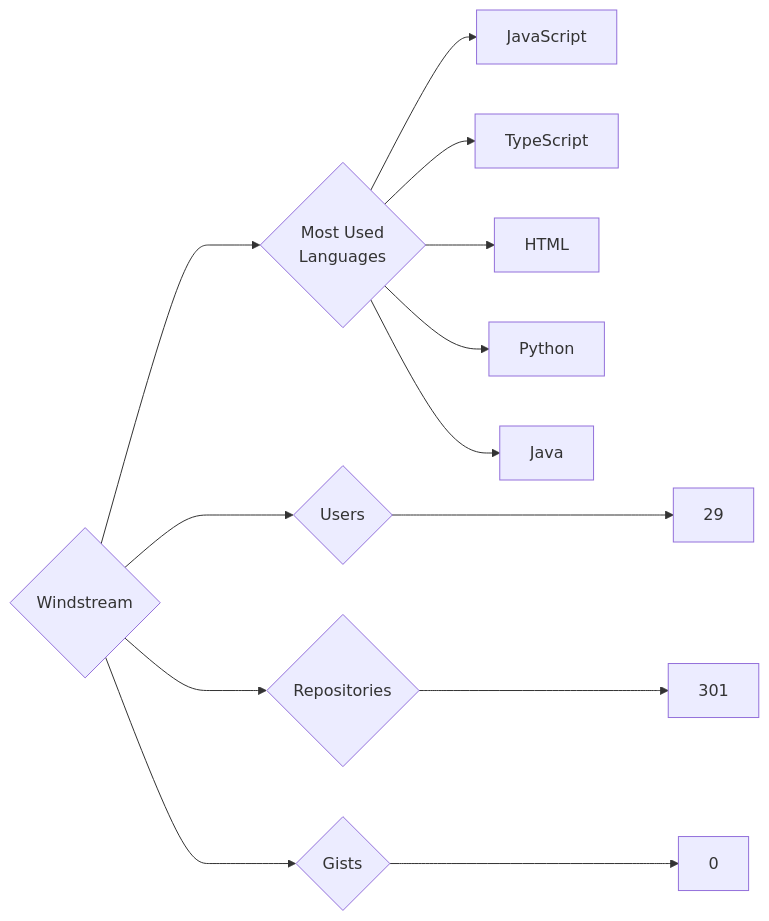
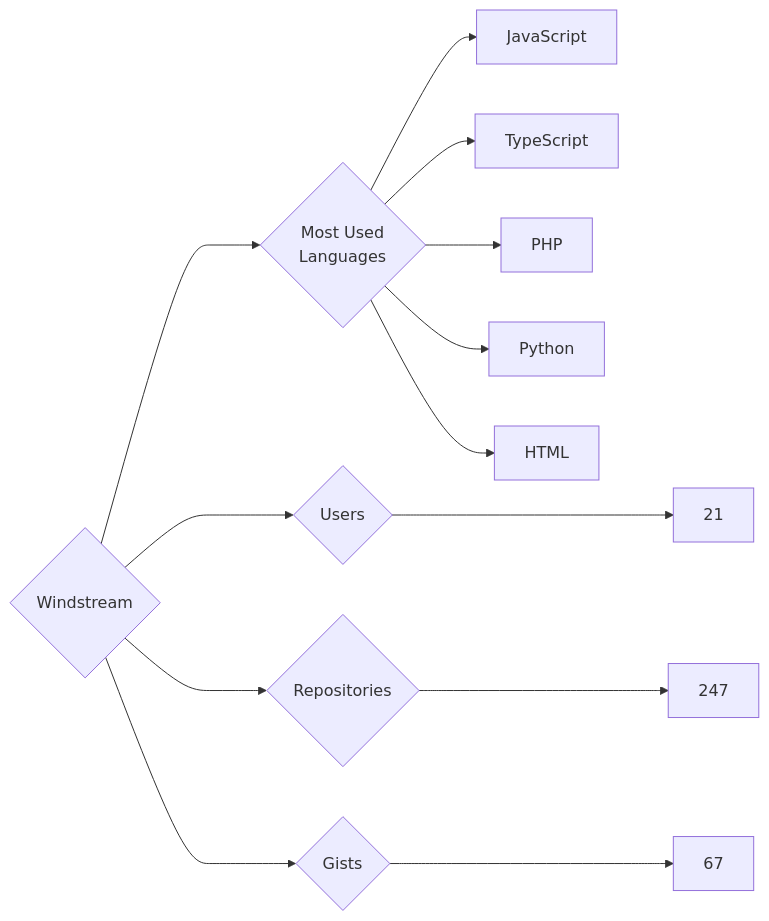
Before and after one commit to trickest/insiders: the diagram in targets/Windstream/README.md, drawn with Mermaid. The commit also changed 898 other files, not shown here.

````diff
--- a/targets/Windstream/README.md
+++ b/targets/Windstream/README.md
@@ -3,13 +3,13 @@
 ```mermaid
 graph LR
 COMPANY_NAME{Windstream}
-COMPANY_NAME ---> U{Users} ---> UN[29]
-COMPANY_NAME ---> R{Repositories} ---> RN[301]
-COMPANY_NAME ---> G{Gists} ---> GN[0]
+COMPANY_NAME ---> U{Users} ---> UN[21]
+COMPANY_NAME ---> R{Repositories} ---> RN[247]
+COMPANY_NAME ---> G{Gists} ---> GN[67]
 COMPANY_NAME ---> ML{Most Used<br>Languages}
 ML --> JavaScript[JavaScript]
 ML --> TypeScript[TypeScript]
+ML --> PHP[PHP]
+ML --> Python[Python]
 ML --> HTML[HTML]
-ML --> Python[Python]
-ML --> Java[Java]
 ```
````
